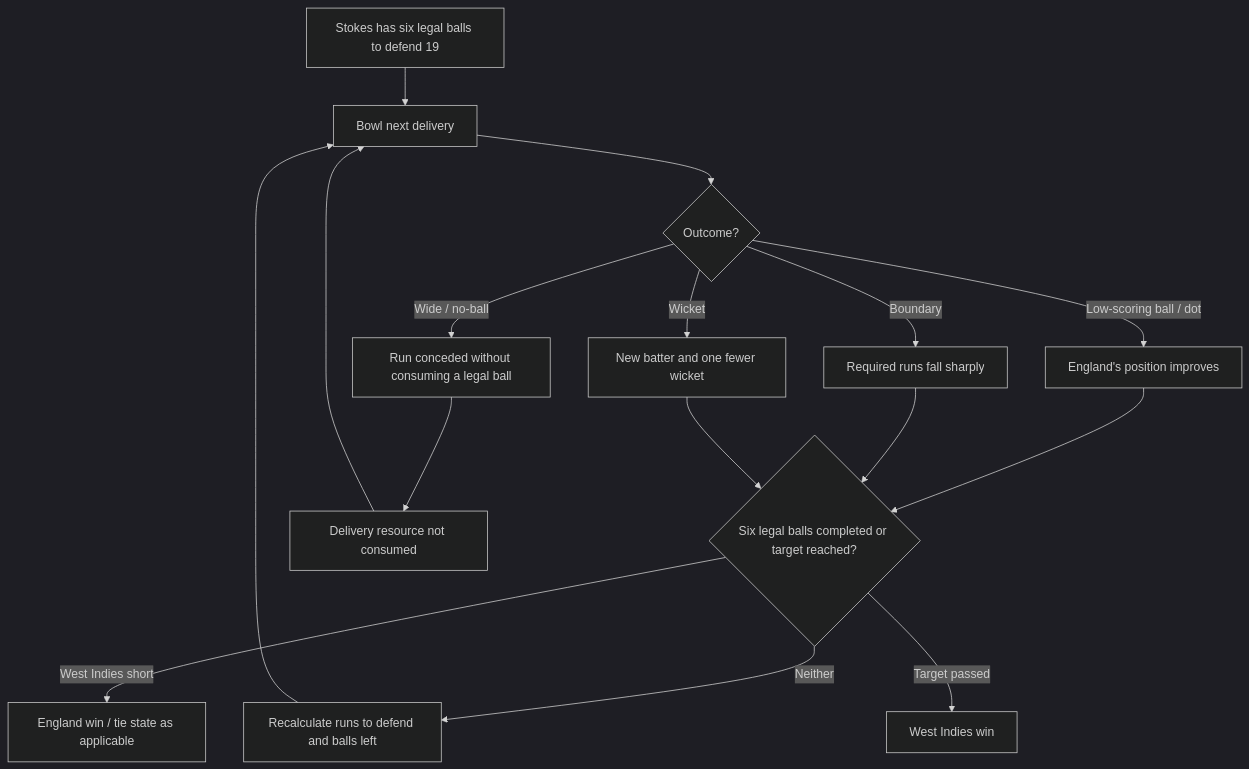
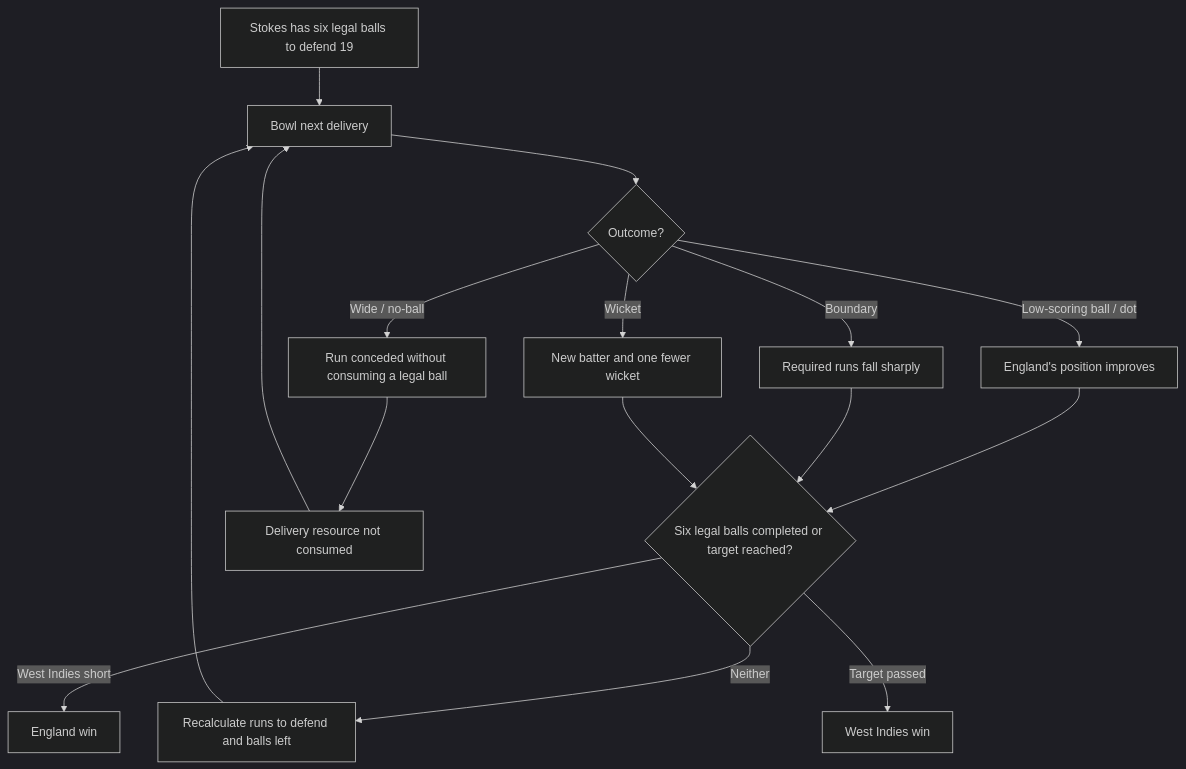
Before and after one commit to rjmac22/rails-sports: the second of 2 diagrams in reporting/cricket_winning_the_game/world_t20_2016_final.md, drawn with Mermaid (dark theme). The commit also changed other lines of this file, not shown here.

````diff
--- a/reporting/cricket_winning_the_game/world_t20_2016_final.md
+++ b/reporting/cricket_winning_the_game/world_t20_2016_final.md
@@ -180,21 +165,21 @@
 ```mermaid
 flowchart TD
     A[Stokes has six legal balls to defend 19] --> B[Bowl next delivery]
     B --> C{Outcome?}
 
     C -->|Low-scoring ball / dot| D[England's position improves]
     C -->|Boundary| E[Required runs fall sharply]
     C -->|Wicket| F[New batter and one fewer wicket]
     C -->|Wide / no-ball| G[Run conceded without consuming a legal ball]
 
     D --> H{Six legal balls completed or target reached?}
     E --> H
     F --> H
     G --> I[Delivery resource not consumed]
     I --> B
 
     H -->|Neither| J[Recalculate runs to defend and balls left]
     J --> B
-    H -->|West Indies short| K[England win / tie state as applicable]
+    H -->|West Indies short| K[England win]
     H -->|Target passed| L[West Indies win]
 ```
````
